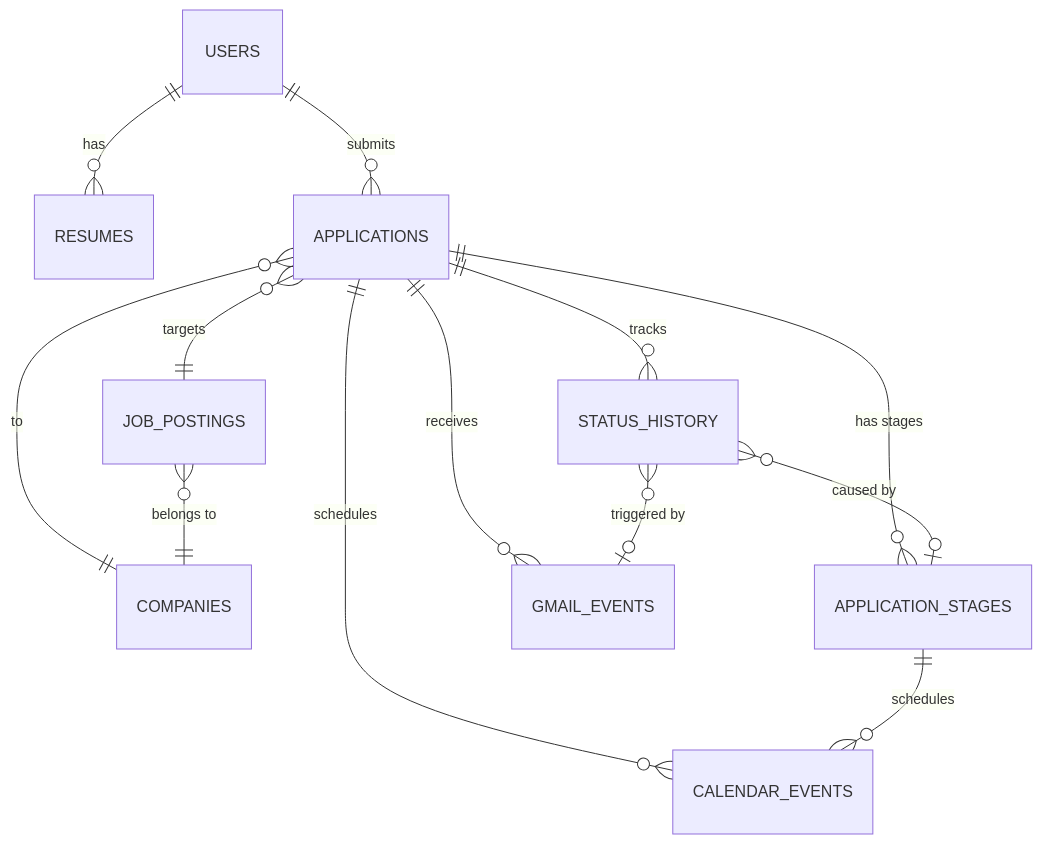
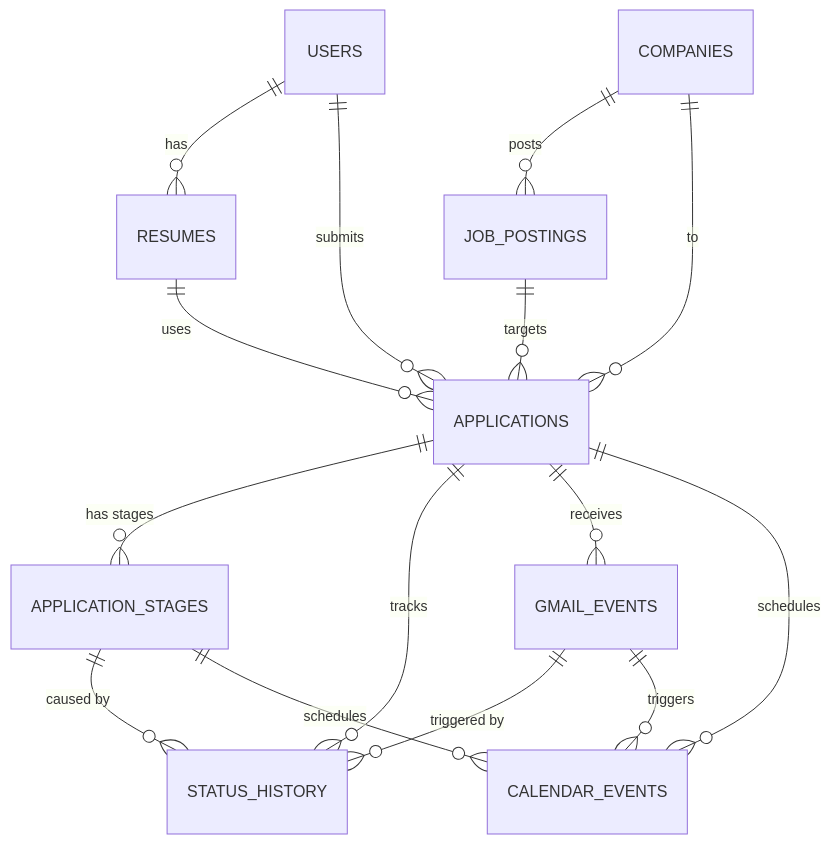
One commit to jy0jy0/Slayer changed the first of 2 diagrams in docs/data-schema.md. Above: the diagram before and after it, drawn with Mermaid. The commit also changed other lines of this file and 7 other files, not shown here.

````diff
--- a/docs/data-schema.md
+++ b/docs/data-schema.md
@@ -9,15 +10,17 @@
 ```mermaid
 erDiagram
     USERS ||--o{ RESUMES : "has"
     USERS ||--o{ APPLICATIONS : "submits"
-    APPLICATIONS }o--|| JOB_POSTINGS : "targets"
-    APPLICATIONS }o--|| COMPANIES : "to"
+    COMPANIES ||--o{ JOB_POSTINGS : "posts"
+    COMPANIES ||--o{ APPLICATIONS : "to"
+    JOB_POSTINGS ||--o{ APPLICATIONS : "targets"
+    RESUMES ||--o{ APPLICATIONS : "uses"
     APPLICATIONS ||--o{ APPLICATION_STAGES : "has stages"
     APPLICATIONS ||--o{ STATUS_HISTORY : "tracks"
+    APPLICATIONS ||--o{ GMAIL_EVENTS : "receives"
     APPLICATIONS ||--o{ CALENDAR_EVENTS : "schedules"
-    APPLICATIONS ||--o{ GMAIL_EVENTS : "receives"
+    APPLICATION_STAGES ||--o{ STATUS_HISTORY : "caused by"
     APPLICATION_STAGES ||--o{ CALENDAR_EVENTS : "schedules"
-    STATUS_HISTORY }o--o| GMAIL_EVENTS : "triggered by"
-    STATUS_HISTORY }o--o| APPLICATION_STAGES : "caused by"
-    JOB_POSTINGS }o--|| COMPANIES : "belongs to"
+    GMAIL_EVENTS ||--o{ STATUS_HISTORY : "triggered by"
+    GMAIL_EVENTS ||--o{ CALENDAR_EVENTS : "triggers"
 ```
````
